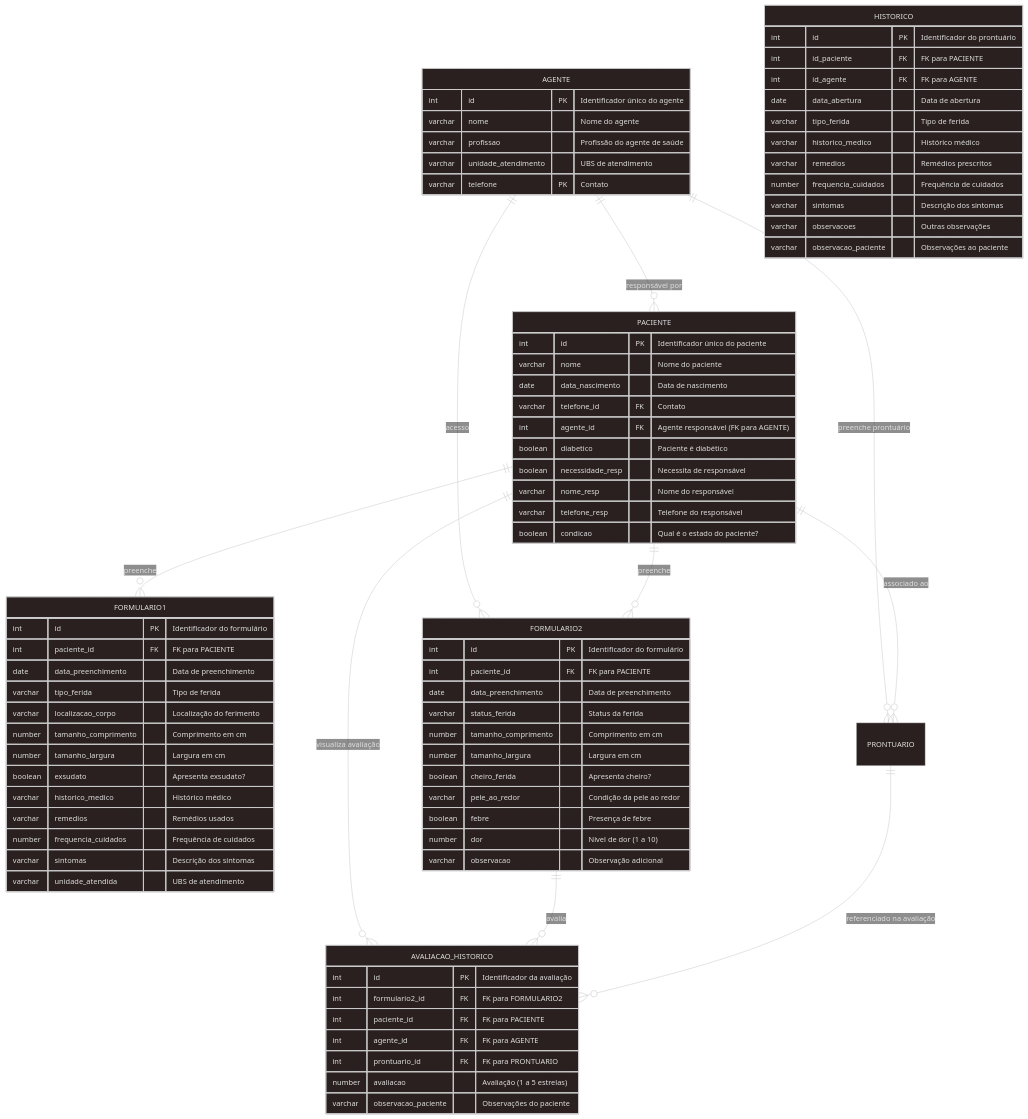
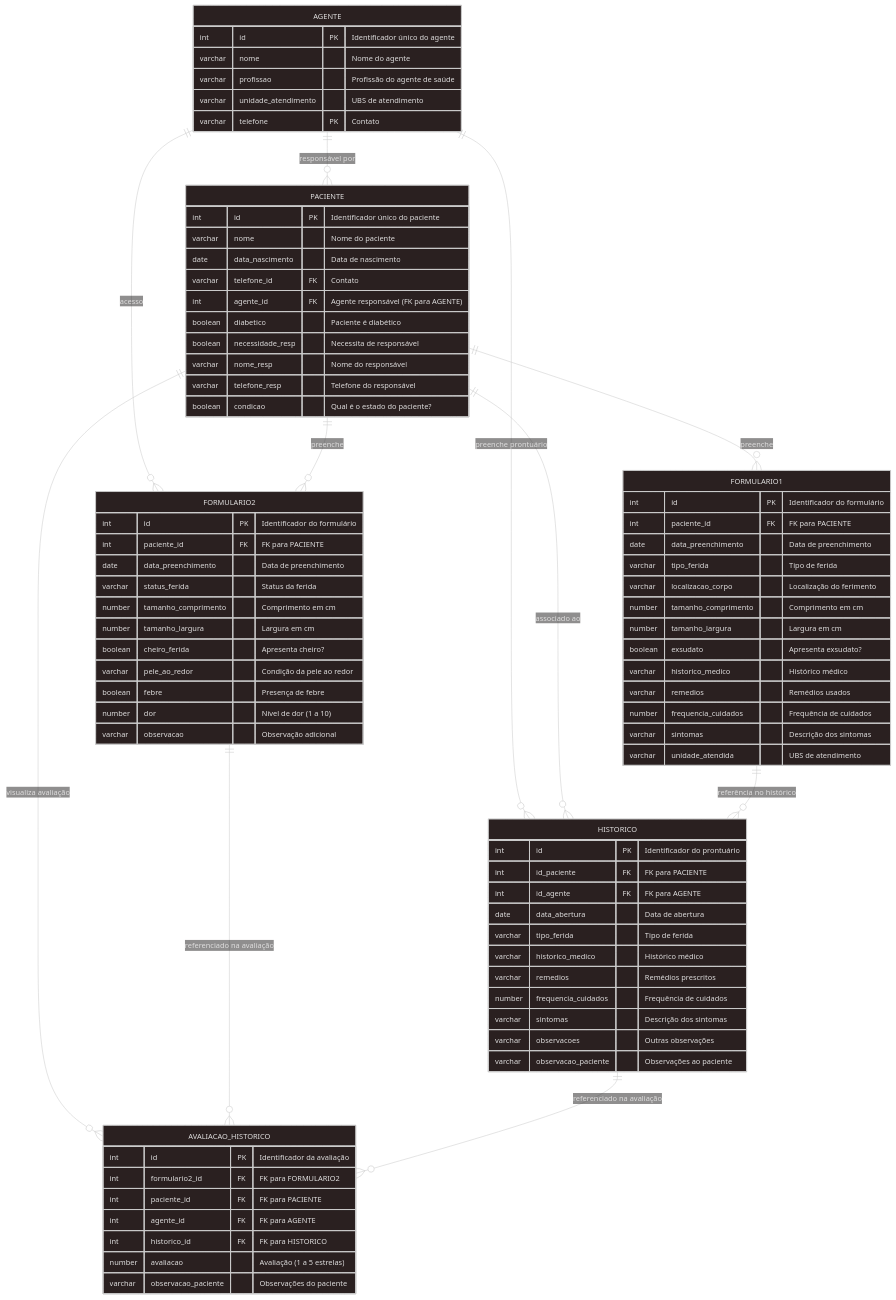
One commit to katz2009/2025-1B-T19-IN02-G02 changed the diagram in documentos/wad.md. Above: the diagram before and after it, drawn with Mermaid. The commit also changed 2 other files, not shown here.

Commit message:
docs: alterando detalhes na documentação e sentido lógico.

````diff
--- a/documentos/wad.md
+++ b/documentos/wad.md
@@ -584,7 +584,7 @@
         int formulario2_id FK "FK para FORMULARIO2"
         int paciente_id FK "FK para PACIENTE"
         int agente_id FK "FK para AGENTE"
-        int prontuario_id FK "FK para PRONTUARIO"
+        int historico_id FK "FK para HISTORICO"
         number avaliacao "Avaliação (1 a 5 estrelas)"
         varchar observacao_paciente "Observações do paciente"
     }
@@ -592,12 +592,13 @@
     %% Relacionamentos
     AGENTE ||--o{ PACIENTE : "responsável por"
     AGENTE ||--o{ FORMULARIO2 : "acesso"
-    AGENTE ||--o{ PRONTUARIO : "preenche prontuário"
+    AGENTE ||--o{ HISTORICO : "preenche prontuário"
     PACIENTE ||--o{ FORMULARIO1 : "preenche"
     PACIENTE ||--o{ FORMULARIO2 : "preenche"
-    PACIENTE ||--o{ PRONTUARIO : "associado ao"
+    PACIENTE ||--o{ HISTORICO : "associado ao"
     PACIENTE ||--o{ AVALIACAO_HISTORICO : "visualiza avaliação"
-    FORMULARIO2 ||--o{ AVALIACAO_HISTORICO : "avalia"
-    PRONTUARIO ||--o{ AVALIACAO_HISTORICO : "referenciado na avaliação"
+    FORMULARIO2 ||--o{ AVALIACAO_HISTORICO : "referenciado na avaliação"
+    HISTORICO ||--o{ AVALIACAO_HISTORICO : "referenciado na avaliação"
+    FORMULARIO1 ||--o{ HISTORICO : "referência no histórico"
 
 ```
````
